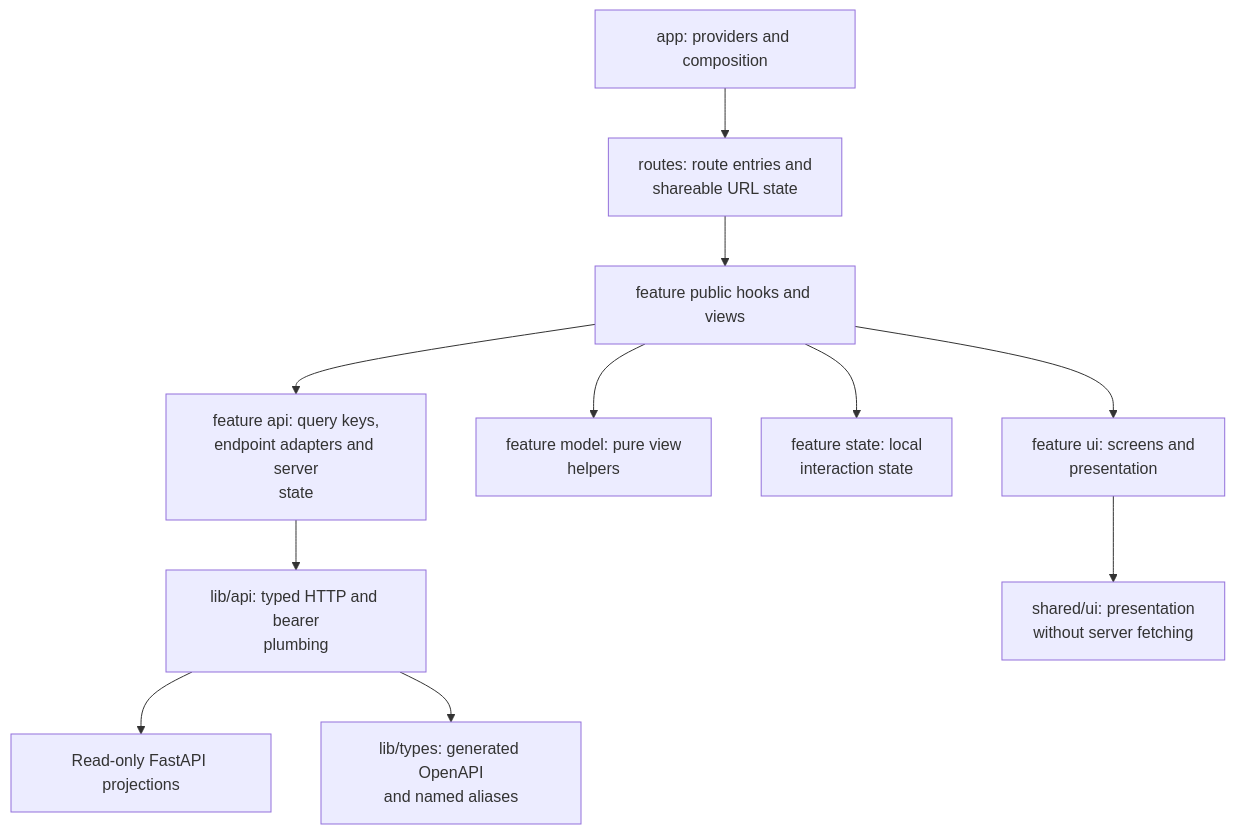
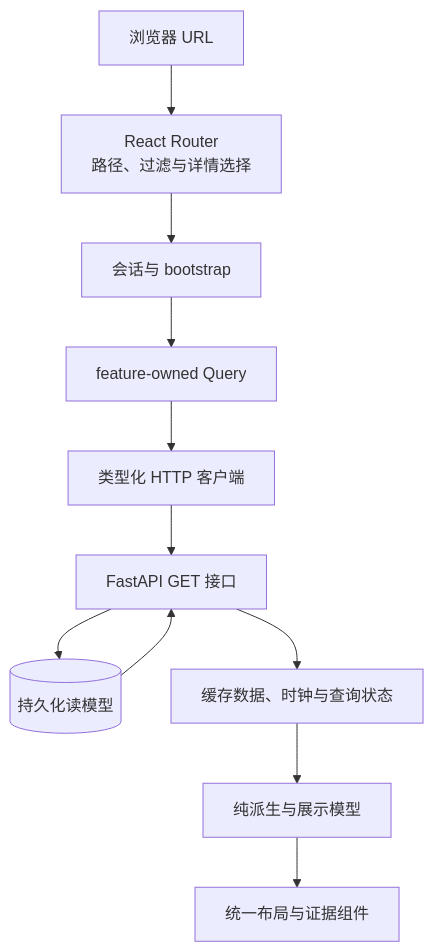
Before and after one commit to AnalyThothAI/tracefold: the diagram in docs/FRONTEND.md, drawn with Mermaid. The commit also changed other lines of this file and 28 other files, not shown here.

Commit message:
docs: rebuild the Chinese architecture and module handbook

````diff
--- a/docs/FRONTEND.md
+++ b/docs/FRONTEND.md
@@ -12,13 +28,13 @@
 ```mermaid
 flowchart TD
-    App["app: providers and composition"] --> Routes["routes: route entries and<br/>shareable URL state"]
-    Routes --> Public["feature public hooks and views"]
-    Public --> API["feature api: query keys,<br/>endpoint adapters and server<br/>state"]
-    Public --> Model["feature model: pure view<br/>helpers"]
-    Public --> State["feature state: local<br/>interaction state"]
-    Public --> UI["feature ui: screens and<br/>presentation"]
-    API --> Client["lib/api: typed HTTP and bearer<br/>plumbing"]
-    Client --> Backend["Read-only FastAPI projections"]
-    UI --> Shared["shared/ui: presentation<br/>without server fetching"]
-    Client --> Types["lib/types: generated OpenAPI<br/>and named aliases"]
+    Browser["浏览器 URL"] --> Router["React Router<br/>路径、过滤与详情选择"]
+    Router --> Session["会话与 bootstrap"]
+    Session --> Query["feature-owned Query"]
+    Query --> Client["类型化 HTTP 客户端"]
+    Client --> API["FastAPI GET 接口"]
+    API --> DB[("持久化读模型")]
+    DB --> API
+    API --> Cache["缓存数据、时钟与查询状态"]
+    Cache --> Model["纯派生与展示模型"]
+    Model --> UI["统一布局与证据组件"]
 ```
````
